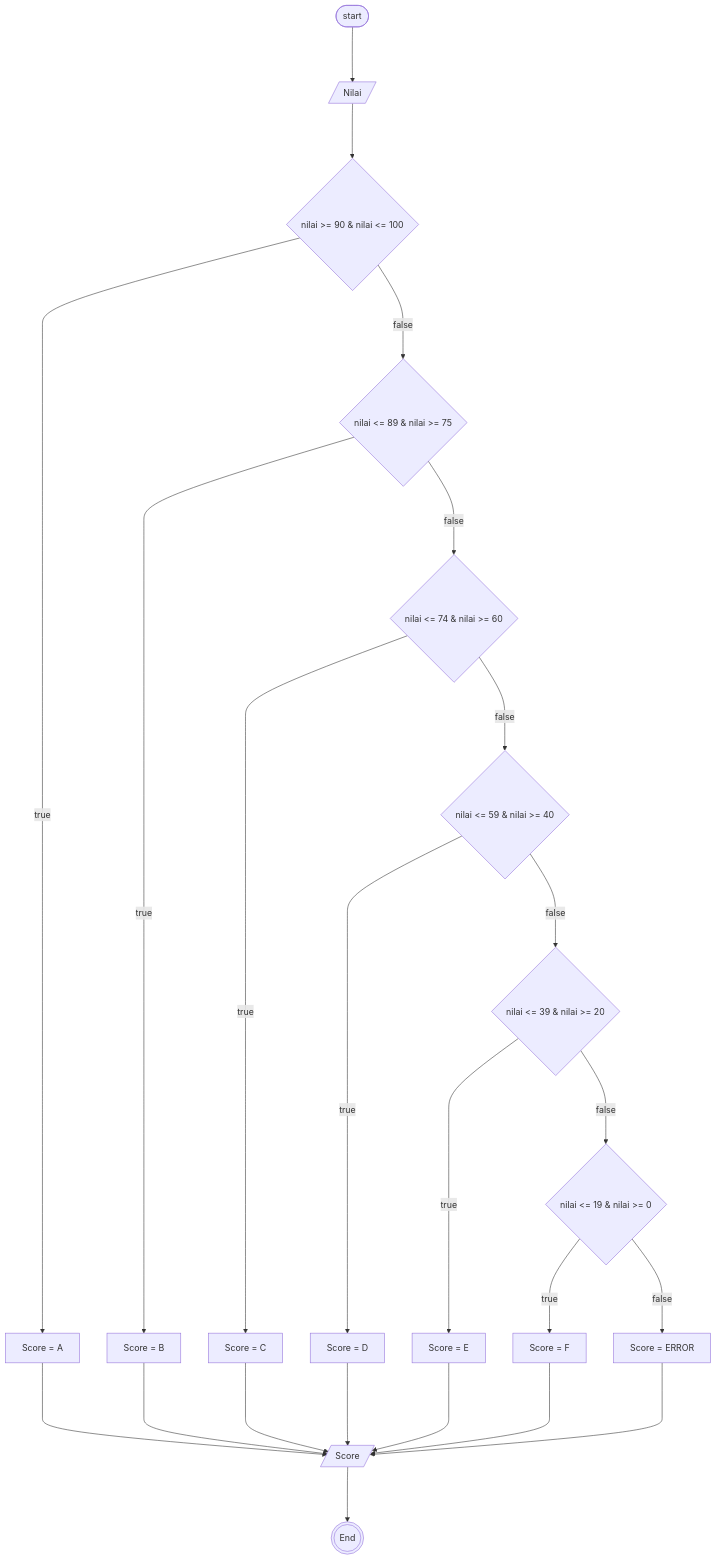
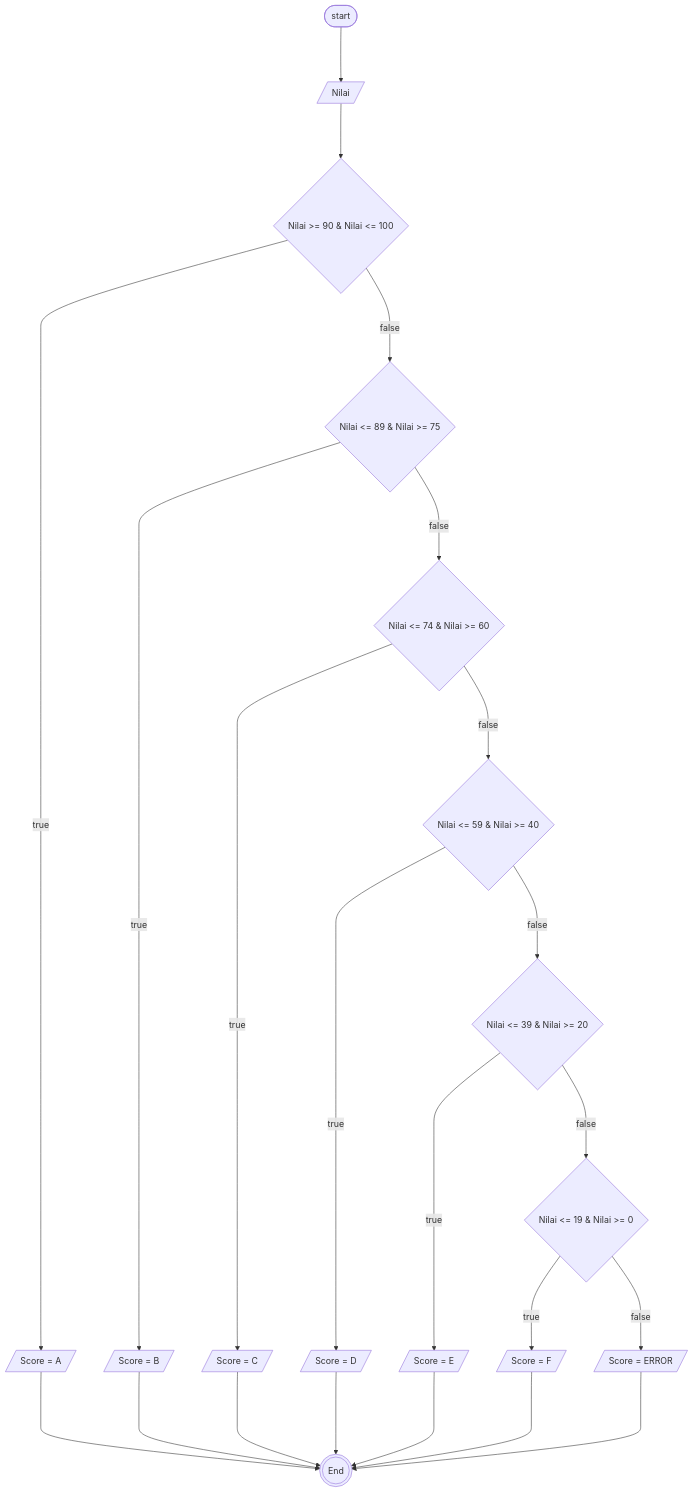
One commit to ghifar1327/koda-b4-algoritma changed the diagram in minitask9.md. Above: the diagram before and after it, drawn with Mermaid.

````diff
--- a/minitask9.md
+++ b/minitask9.md
@@ -3,35 +3,36 @@
 ```mermaid
 flowchart TB
 1([start])
 nilai[/Nilai/]
-hasil[/Score/]
-a[Score = A]
-b[Score = B]
-c[Score = C]
-d[Score = D]
-e[Score = E]
-f[Score = F]
-g[Score = ERROR]
+a[/Score = A/]
+b[/Score = B/]
+c[/Score = C/]
+d[/Score = D/]
+e[/Score = E/]
+f[/Score = F/]
+g[/Score = ERROR/]
 
-a1{nilai >= 90 & nilai <= 100}
-b1{nilai <= 89 & nilai >= 75}
-c1{nilai <= 74 & nilai >= 60}
-d1{nilai <= 59 & nilai >= 40}
-e1{nilai <= 39 & nilai >= 20}
-f1{nilai <= 19 & nilai >= 0}
+a1{Nilai >= 90 & Nilai <= 100}
+b1{Nilai <= 89 & Nilai >= 75}
+c1{Nilai <= 74 & Nilai >= 60}
+d1{Nilai <= 59 & Nilai >= 40}
+e1{Nilai <= 39 & Nilai >= 20}
+f1{Nilai <= 19 & Nilai >= 0}
+
 1--->nilai
 nilai--->a1--->|true|a
 a1--->|false|b1--->|true|b
 b1--->|false|c1--->|true|c
 c1--->|false|d1--->|true|d
 d1--->|false|e1--->|true|e
 e1--->|false|f1--->|true|f
 f1--->|false|g
-a---->hasil
-b---->hasil
-c---->hasil
-d---->hasil
-e---->hasil
-f---->hasil
-g---->hasil--->0(((End)))
+
+a---->0
+b---->0
+c---->0
+d---->0
+e---->0
+f---->0
+g---->0(((End)))
 ```
````
